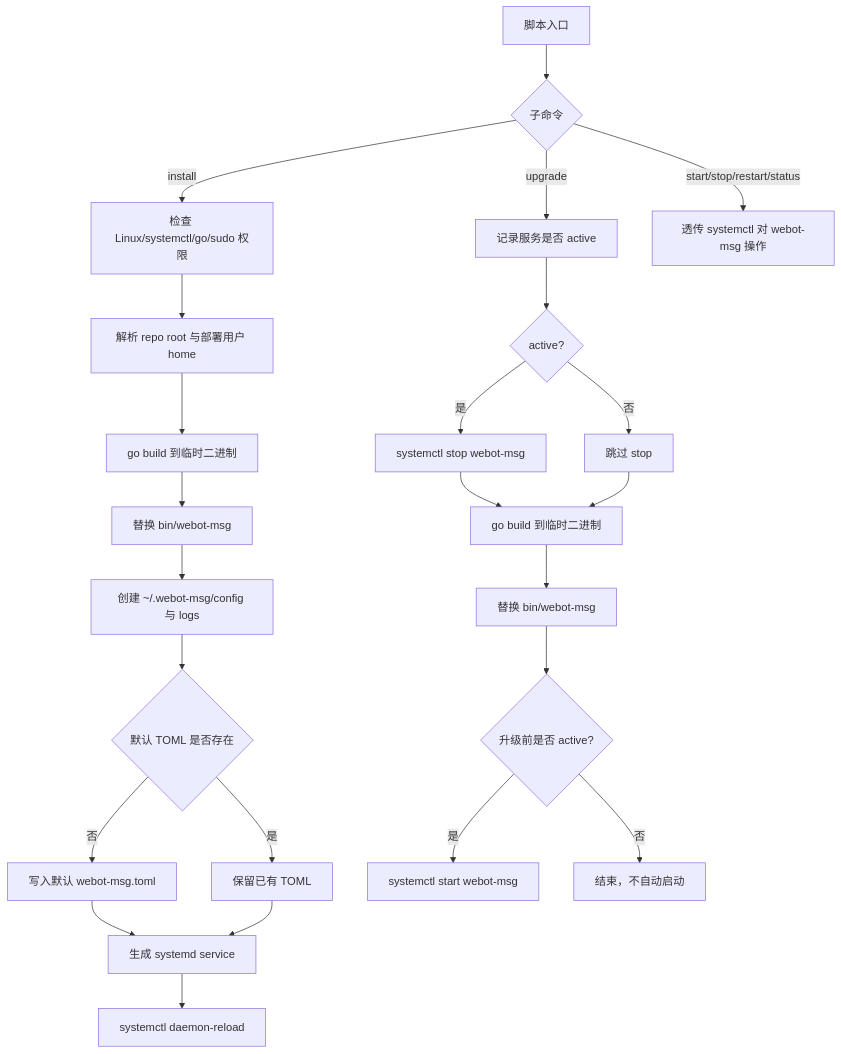
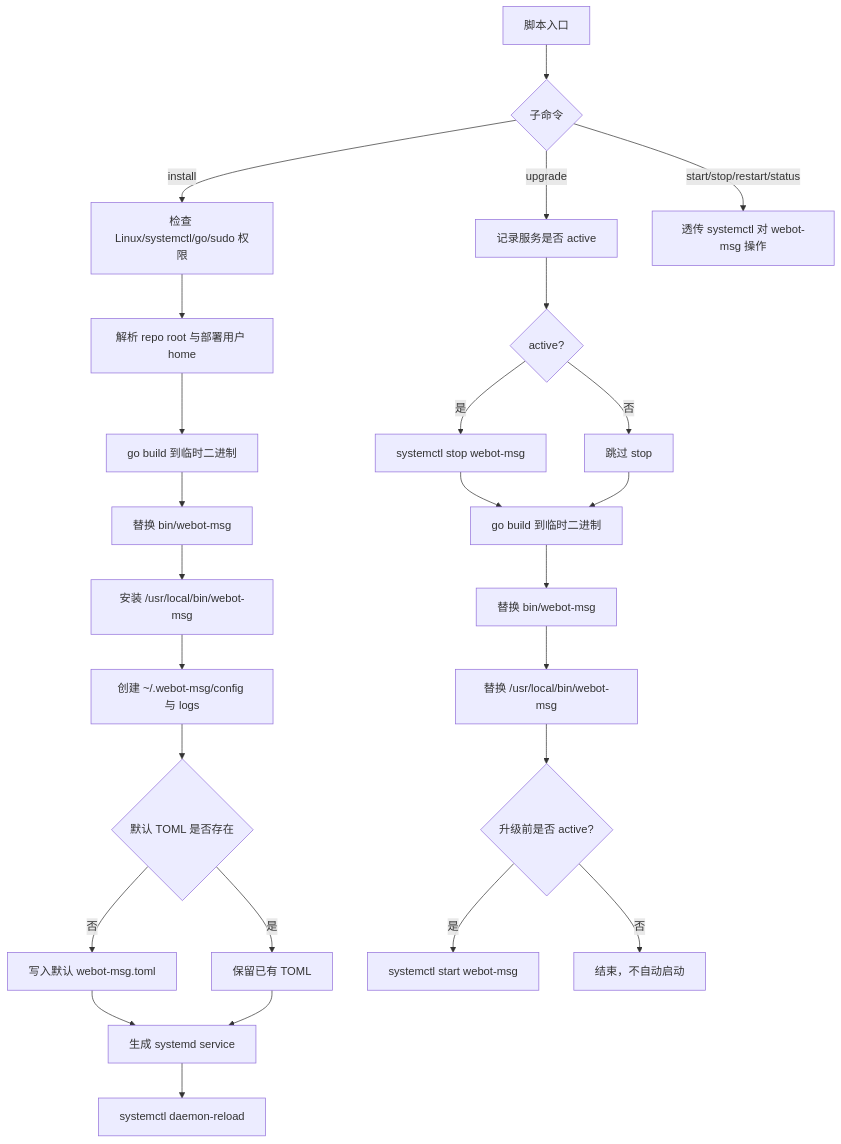
Before and after one commit to realli07kkk/webot-msg: the diagram in .codestable/features/2026-06-10-linux-systemd-deploy/linux-systemd-deploy-design.md, drawn with Mermaid. The commit also changed other lines of this file and 7 other files, not shown here.

````diff
--- a/.codestable/features/2026-06-10-linux-systemd-deploy/linux-systemd-deploy-design.md
+++ b/.codestable/features/2026-06-10-linux-systemd-deploy/linux-systemd-deploy-design.md
@@ -98,26 +98,28 @@
 ```mermaid
 flowchart TD
   A[脚本入口] --> B{子命令}
   B -- install --> C[检查 Linux/systemctl/go/sudo 权限]
   C --> D[解析 repo root 与部署用户 home]
   D --> E[go build 到临时二进制]
   E --> F[替换 bin/webot-msg]
-  F --> G[创建 ~/.webot-msg/config 与 logs]
+  F --> F2[安装 /usr/local/bin/webot-msg]
+  F2 --> G[创建 ~/.webot-msg/config 与 logs]
   G --> H{默认 TOML 是否存在}
   H -- 否 --> I[写入默认 webot-msg.toml]
   H -- 是 --> J[保留已有 TOML]
   I --> K[生成 systemd service]
   J --> K
   K --> L[systemctl daemon-reload]
   B -- upgrade --> M[记录服务是否 active]
   M --> N{active?}
   N -- 是 --> O[systemctl stop webot-msg]
   N -- 否 --> P[跳过 stop]
   O --> Q[go build 到临时二进制]
   P --> Q
   Q --> R[替换 bin/webot-msg]
-  R --> S{升级前是否 active?}
+  R --> R2[替换 /usr/local/bin/webot-msg]
+  R2 --> S{升级前是否 active?}
   S -- 是 --> T[systemctl start webot-msg]
   S -- 否 --> U[结束，不自动启动]
   B -- start/stop/restart/status --> V[透传 systemctl 对 webot-msg 操作]
 ```
````
